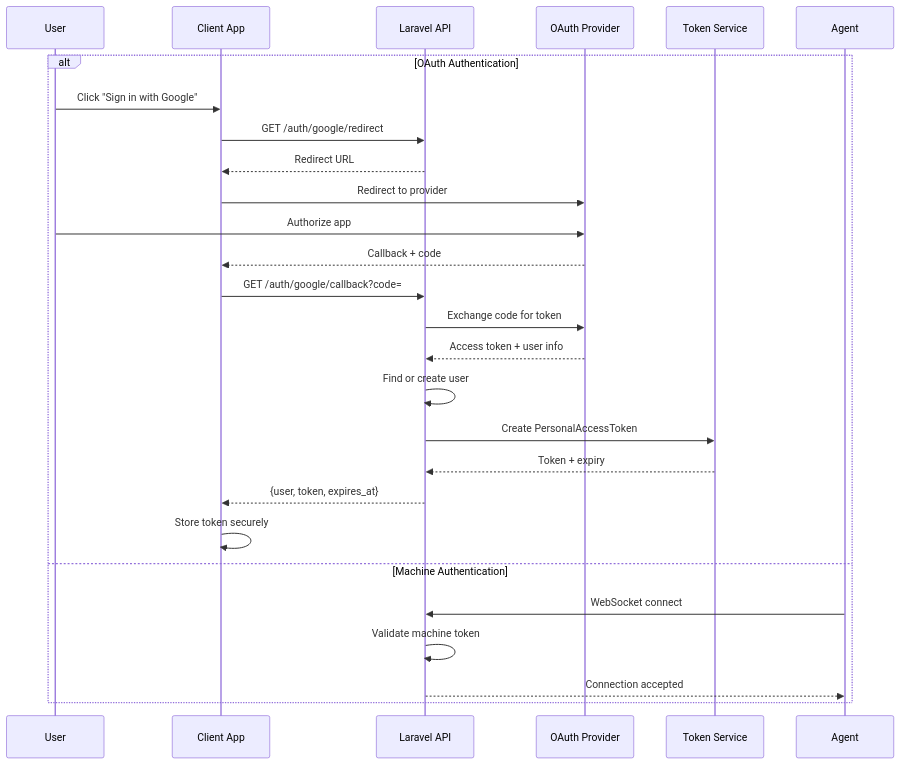
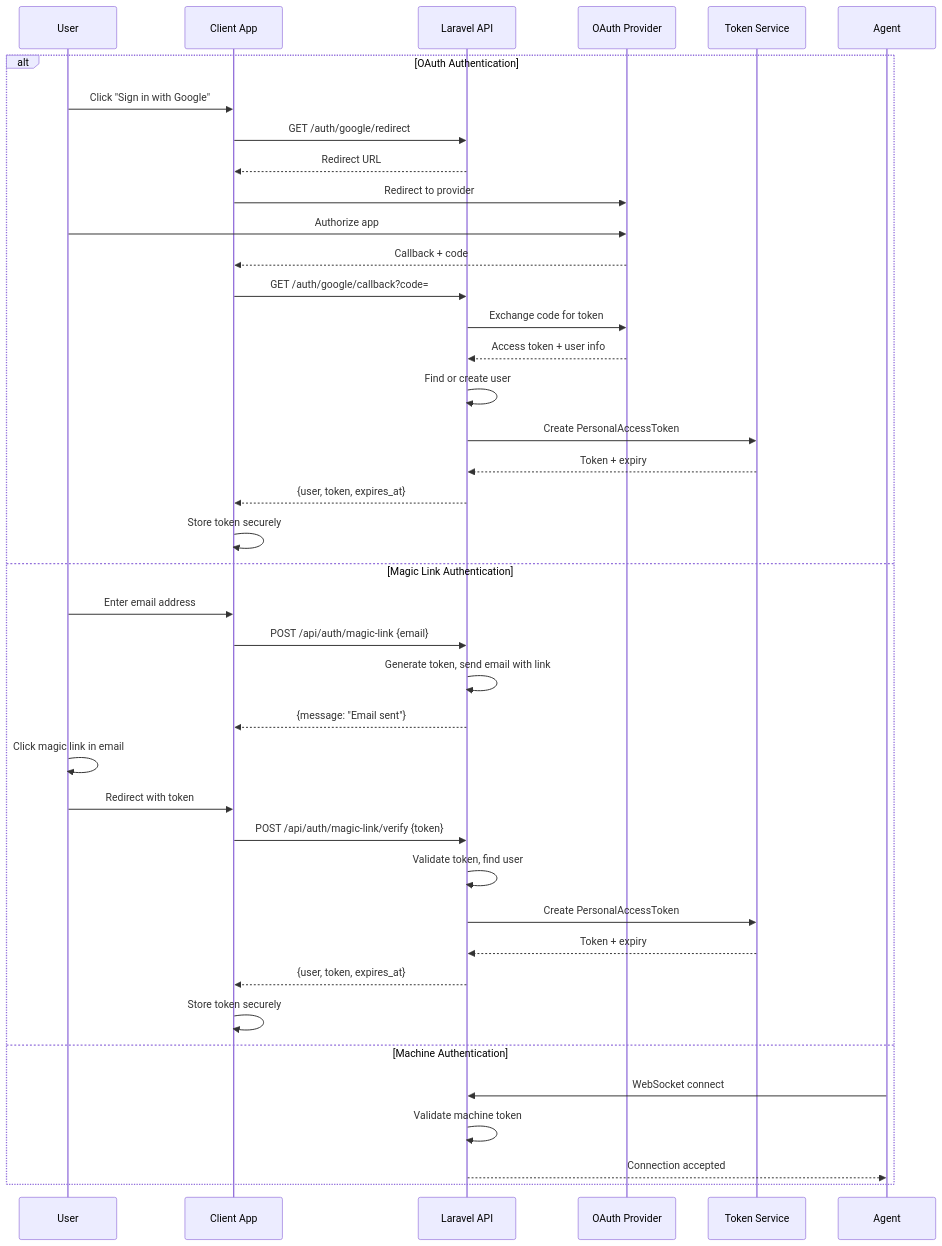
One commit to QrCommunication/claudenest changed diagram 17 of 21 in docs/ARCHITECTURE.md. Above: the diagram before and after it, drawn with Mermaid. The commit also changed other lines of this file and 6 other files, not shown here.

````diff
--- a/docs/ARCHITECTURE.md
+++ b/docs/ARCHITECTURE.md
@@ -989,30 +1052,44 @@
 ```mermaid
 sequenceDiagram
     participant User as User
     participant Client as Client App
     participant API as Laravel API
     participant OAuth as OAuth Provider
     participant Token as Token Service
 
     alt OAuth Authentication
         User->>Client: Click "Sign in with Google"
         Client->>API: GET /auth/google/redirect
         API-->>Client: Redirect URL
         Client->>OAuth: Redirect to provider
         User->>OAuth: Authorize app
         OAuth-->>Client: Callback + code
         Client->>API: GET /auth/google/callback?code=
         API->>OAuth: Exchange code for token
         OAuth-->>API: Access token + user info
         API->>API: Find or create user
         API->>Token: Create PersonalAccessToken
         Token-->>API: Token + expiry
         API-->>Client: {user, token, expires_at}
         Client->>Client: Store token securely
     
+    else Magic Link Authentication
+        User->>Client: Enter email address
+        Client->>API: POST /api/auth/magic-link {email}
+        API->>API: Generate token, send email with link
+        API-->>Client: {message: "Email sent"}
+        User->>User: Click magic link in email
+        User->>Client: Redirect with token
+        Client->>API: POST /api/auth/magic-link/verify {token}
+        API->>API: Validate token, find user
+        API->>Token: Create PersonalAccessToken
+        Token-->>API: Token + expiry
+        API-->>Client: {user, token, expires_at}
+        Client->>Client: Store token securely
+
     else Machine Authentication
         Agent->>API: WebSocket connect
         API->>API: Validate machine token
         API-->>Agent: Connection accepted
     end
 ```
````
